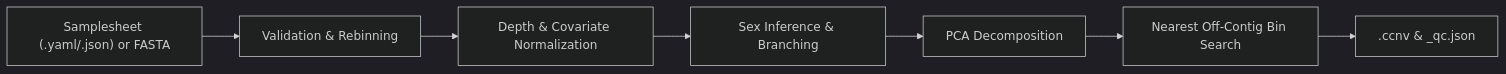
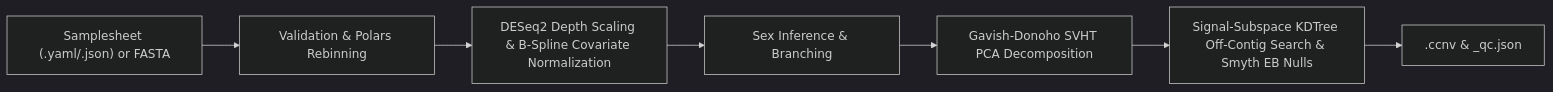
The second of 3 diagrams in docs/cli.md (matthdsm/ccnv), drawn with Mermaid (dark theme) before and after one commit. The commit also changed other lines of this file and 47 other files, not shown here.

First line of the commit message:
feat: biostatistical soundness, scikit-learn models, Polars rebinning, and methodology overhaul (F1-F12) (#10)

````diff
--- a/docs/cli.md
+++ b/docs/cli.md
@@ -76,9 +76,9 @@
 ```mermaid
 flowchart LR
-    A["Samplesheet (.yaml/.json) or FASTA"] --> B["Validation & Rebinning"]
-    B --> C["Depth & Covariate Normalization"]
+    A["Samplesheet (.yaml/.json) or FASTA"] --> B["Validation & Polars Rebinning"]
+    B --> C["DESeq2 Depth Scaling & B-Spline Covariate Normalization"]
     C --> D["Sex Inference & Branching"]
-    D --> E["PCA Decomposition"]
-    E --> F["Nearest Off-Contig Bin Search"]
+    D --> E["Gavish-Donoho SVHT PCA Decomposition"]
+    E --> F["Signal-Subspace KDTree Off-Contig Search & Smyth EB Nulls"]
     F --> G["<prefix>.ccnv & <prefix>_qc.json"]
 ```
````
